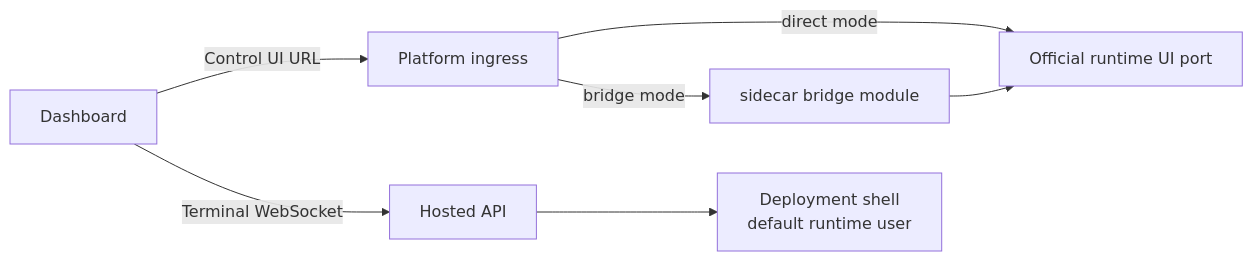
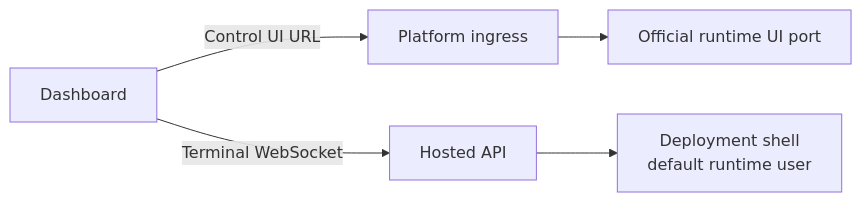
One commit to Clawdi-AI/clawdi changed the second of 2 diagrams in docs/managed-runtime.md. Above: the diagram before and after it, drawn with Mermaid. The commit also changed other lines of this file and 68 other files, not shown here.

````diff
--- a/docs/managed-runtime.md
+++ b/docs/managed-runtime.md
@@ -762,9 +787,7 @@
 ```mermaid
 flowchart LR
     Dashboard[Dashboard] -->|Control UI URL| Ingress[Platform ingress]
-    Ingress -->|direct mode| RuntimeUI[Official runtime UI port]
-    Ingress -->|bridge mode| Bridge[sidecar bridge module]
-    Bridge --> RuntimeUI
+    Ingress --> RuntimeUI[Official runtime UI port]
     Dashboard -->|Terminal WebSocket| HostedAPI[Hosted API]
     HostedAPI --> Shell[Deployment shell<br/>default runtime user]
 ```
````
